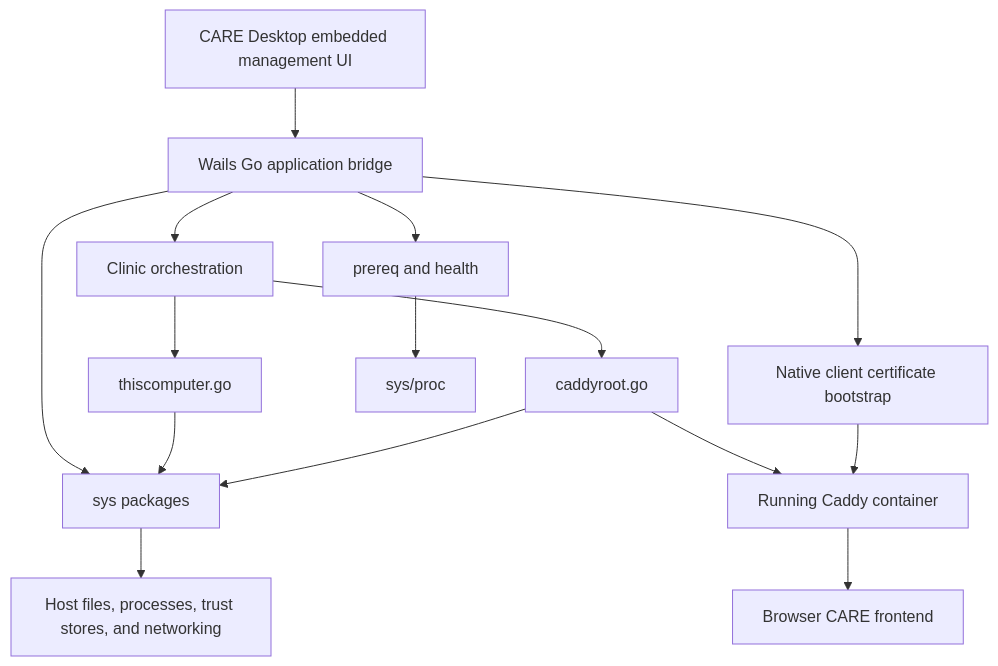
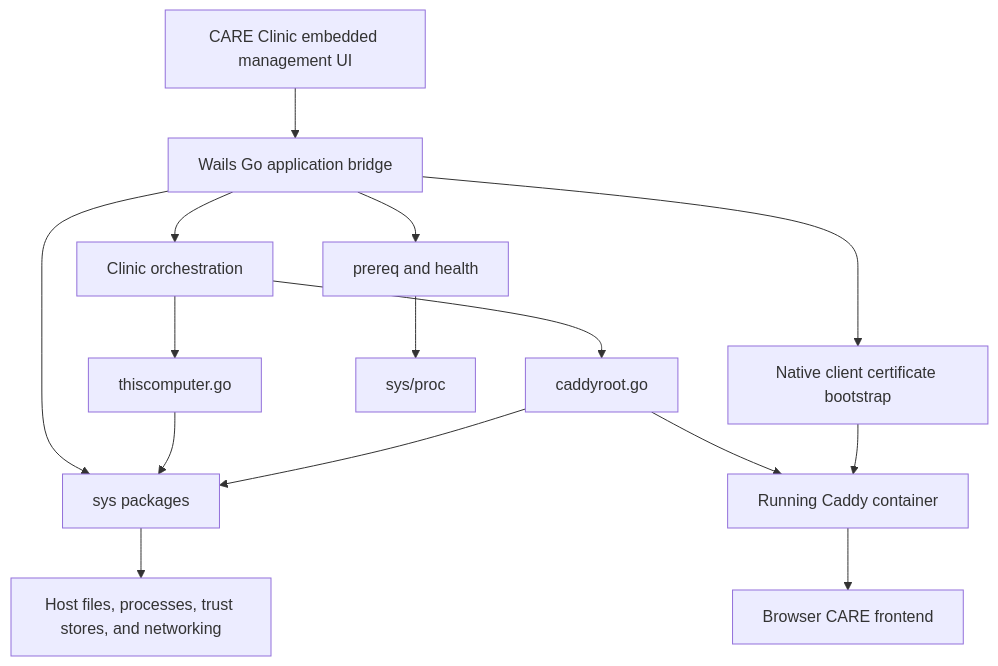
The first of 6 diagrams in docs/native-integrations.md (ohcnetwork/care_clinic), drawn with Mermaid before and after one commit. The commit also changed other lines of this file and 145 other files, not shown here.

First line of the commit message:
Rename CARE Desktop to CARE Clinic

````diff
--- a/docs/native-integrations.md
+++ b/docs/native-integrations.md
@@ -61,17 +61,17 @@
 ```mermaid
 flowchart TD
-    UI["CARE Desktop embedded management UI"] --> App["Wails Go application bridge"]
+    UI["CARE Clinic embedded management UI"] --> App["Wails Go application bridge"]
     App --> Clinic["Clinic orchestration"]
     App --> Ready["prereq and health"]
     App --> Native["sys packages"]
     Clinic --> Local["thiscomputer.go"]
     Clinic --> Export["caddyroot.go"]
     Local --> Native
     Export --> Native
     Ready --> Proc["sys/proc"]
     Native --> OS["Host files, processes, trust stores, and networking"]
     Export --> Caddy["Running Caddy container"]
     App --> Client["Native client certificate bootstrap"]
     Client --> Caddy
     Caddy --> Browser["Browser CARE frontend"]
 ```
````
